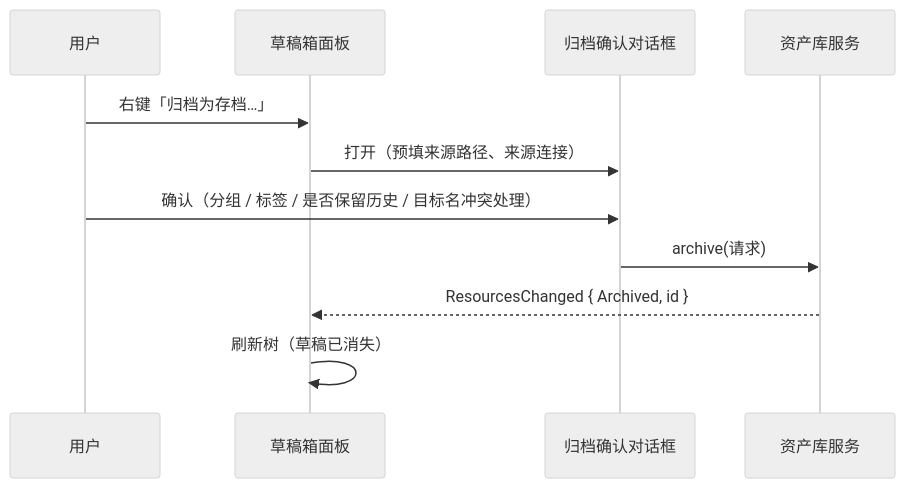
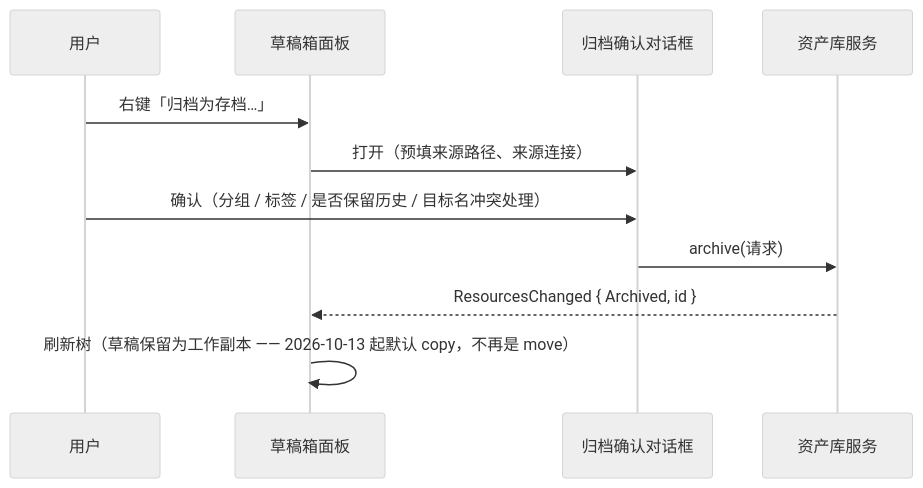
One commit to ling-love-xin/RdataStation-v2 changed the diagram in docs/architecture/analytics_resource/analytics-resource-prototype-design.md. Above: the diagram before and after it, drawn with Mermaid (neutral theme). The commit also changed other lines of this file and 3 other files, not shown here.

````diff
--- a/docs/architecture/analytics_resource/analytics-resource-prototype-design.md
+++ b/docs/architecture/analytics_resource/analytics-resource-prototype-design.md
@@ -170,14 +170,14 @@
 ```mermaid
 sequenceDiagram
     participant U as 用户
     participant S as 草稿箱面板
     participant D as 归档确认对话框
     participant M as 资产库服务
 
     U->>S: 右键「归档为存档…」
     S->>D: 打开（预填来源路径、来源连接）
     U->>D: 确认（分组 / 标签 / 是否保留历史 / 目标名冲突处理）
     D->>M: archive(请求)
     M-->>S: ResourcesChanged { Archived, id }
-    S->>S: 刷新树（草稿已消失）
+    S->>S: 刷新树（草稿保留为工作副本 —— 2026-10-13 起默认 copy，不再是 move）
 ```
````
